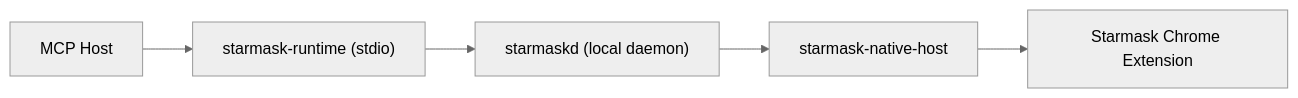
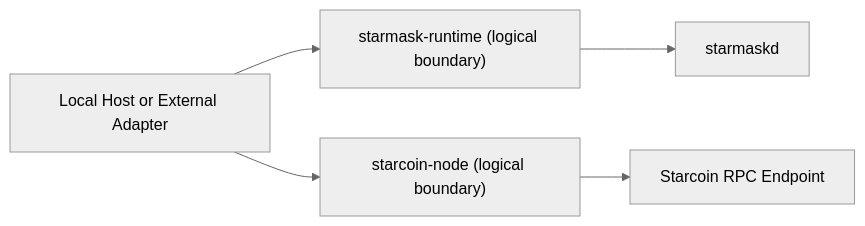
Before and after one commit to starcoinorg/starcoin-mcp: the second of 2 diagrams in docs/architecture/deployment-model.md, drawn with Mermaid (neutral theme). The commit also changed other lines of this file and 16 other files, not shown here.

First line of the commit message:
Sc/runtime tui architecture docs (#16)

````diff
--- a/docs/architecture/deployment-model.md
+++ b/docs/architecture/deployment-model.md
@@ -25,7 +58,7 @@
 ```mermaid
 flowchart LR
-    H["MCP Host"] --> M["starmask-runtime (stdio)"]
-    M --> D["starmaskd (local daemon)"]
-    D --> N["starmask-native-host"]
-    N --> E["Starmask Chrome Extension"]
+    H["Local Host or External Adapter"] --> W["starmask-runtime (logical boundary)"]
+    H --> C["starcoin-node (logical boundary)"]
+    W --> D["starmaskd"]
+    C --> R["Starcoin RPC Endpoint"]
 ```
````
